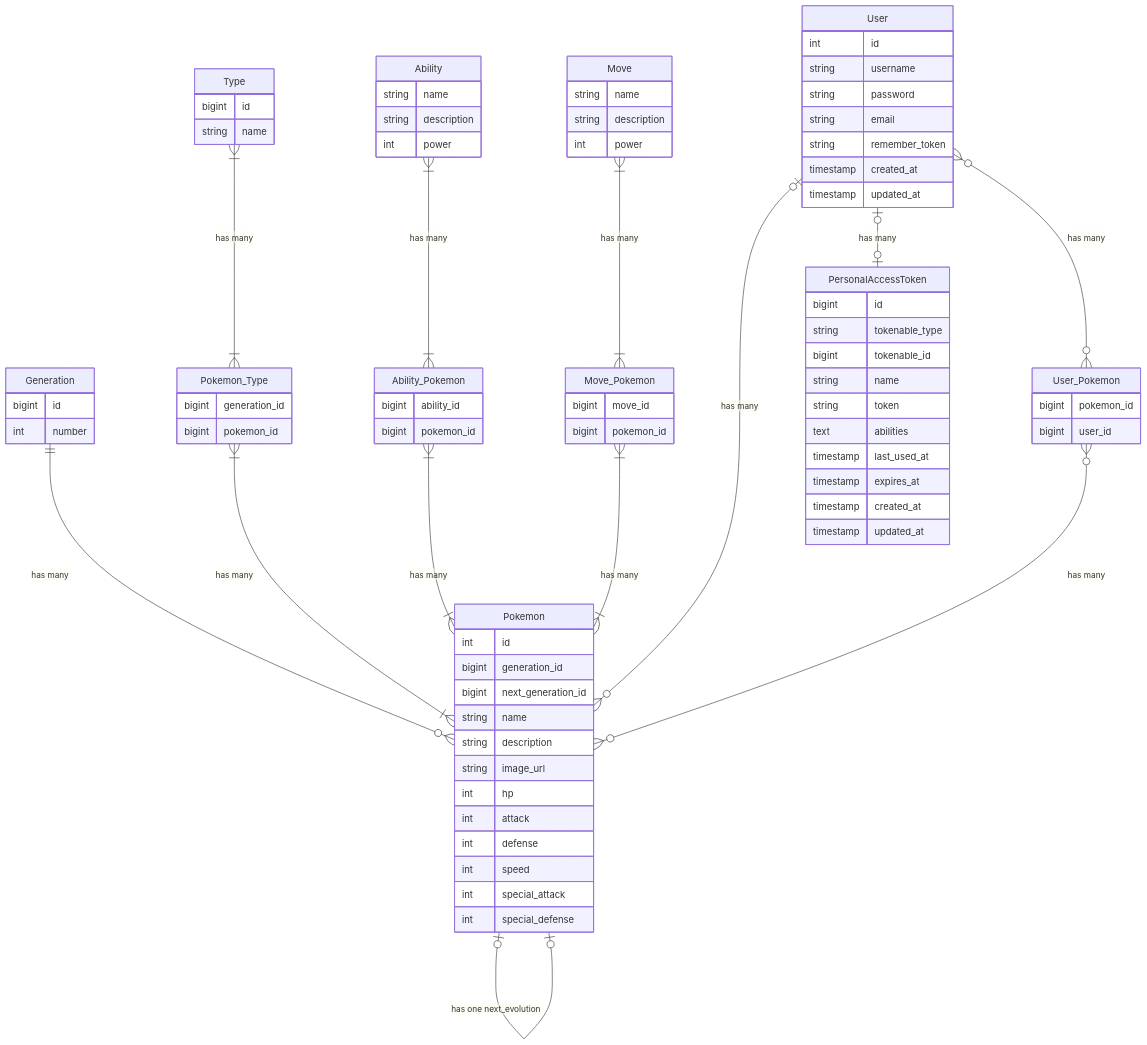
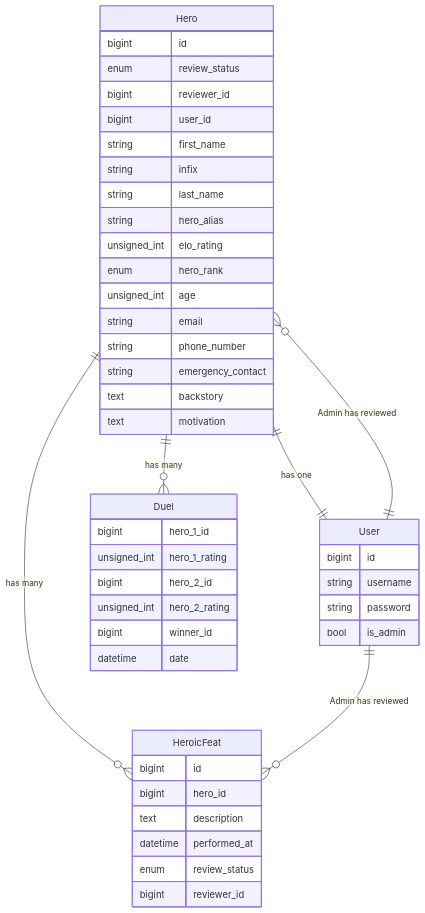
One commit to raymon-roos/true-hero changed the diagram in docs/project_plan.md. Above: the diagram before and after it, drawn with Mermaid.

Commit message:
docs(project_plan): add mermaid erd diagram

````diff
--- a/docs/project_plan.md
+++ b/docs/project_plan.md
@@ -97,104 +97,54 @@
 ```mermaid
 erDiagram
 
-Type {
+Hero {
     bigint id
-    string name
-}
-
-Generation {
-    bigint id
-    int number
-}
-
-
-Pokemon_Type {
-    bigint generation_id
-    bigint pokemon_id
-}
-
-Ability {
-    string name
-    string description
-    int power
-}
-
-Move {
-    string name
-    string description
-    int power
-}
-
-Pokemon {
-    int id
-    bigint generation_id
-    bigint next_generation_id
-    string name
-    string description
-    string image_url
-    int hp
-    int attack
-    int defense
-    int speed
-    int special_attack
-    int special_defense
-}
-
-Ability_Pokemon {
-    bigint ability_id
-    bigint pokemon_id
-}
-
-Move_Pokemon {
-    bigint move_id
-    bigint pokemon_id
+    enum review_status
+    bigint reviewer_id
+    bigint user_id
+    string first_name
+    string infix
+    string last_name
+    string hero_alias
+    unsigned_int elo_rating
+    enum hero_rank
+    unsigned_int age
+    string email
+    string phone_number
+    string emergency_contact
+    text backstory
+    text motivation
 }
 
 User {
-    int id
+    bigint id
     string username
     string password
-    string email
-    string remember_token
-    timestamp created_at
-    timestamp updated_at
+    bool is_admin
 }
 
-User_Pokemon {
-    bigint pokemon_id
-    bigint user_id
+Duel {
+    bigint hero_1_id
+    unsigned_int hero_1_rating
+    bigint hero_2_id
+    unsigned_int hero_2_rating
+    bigint winner_id
+    datetime date
 }
 
-PersonalAccessToken {
+HeroicFeat {
     bigint id
-    string tokenable_type
-    bigint tokenable_id
-    string name
-    string token
-    text abilities
-    timestamp last_used_at
-    timestamp expires_at
-    timestamp created_at
-    timestamp updated_at
+    bigint hero_id
+    text description
+    datetime performed_at
+    enum review_status
+    bigint reviewer_id
 }
 
-
-Generation ||--o{ Pokemon : "has many"
-Type }|--|{ Pokemon_Type : "has many"
-Pokemon_Type }|--|{ Pokemon : "has many"
-
-Ability }|--|{ Ability_Pokemon : "has many"
-Ability_Pokemon }|--|{ Pokemon : "has many"
-
-Move }|--|{ Move_Pokemon : "has many"
-Move_Pokemon }|--|{ Pokemon : "has many"
-
-Pokemon |o--o| Pokemon : "has one next_evolution"
-
-User |o--o| PersonalAccessToken : "has many"
-User |o--o{ Pokemon : "has many"
-
-User }o--o{ User_Pokemon : "has many"
-User_Pokemon }o--o{ Pokemon : "has many"
+Hero ||--o{ Duel : "has many"
+Hero ||--|| User : "has one"
+Hero ||--o{ HeroicFeat : "has many"
+User ||--o{ HeroicFeat : "Admin has reviewed"
+User ||--o{ Hero : "Admin has reviewed"
 
 ```
````
